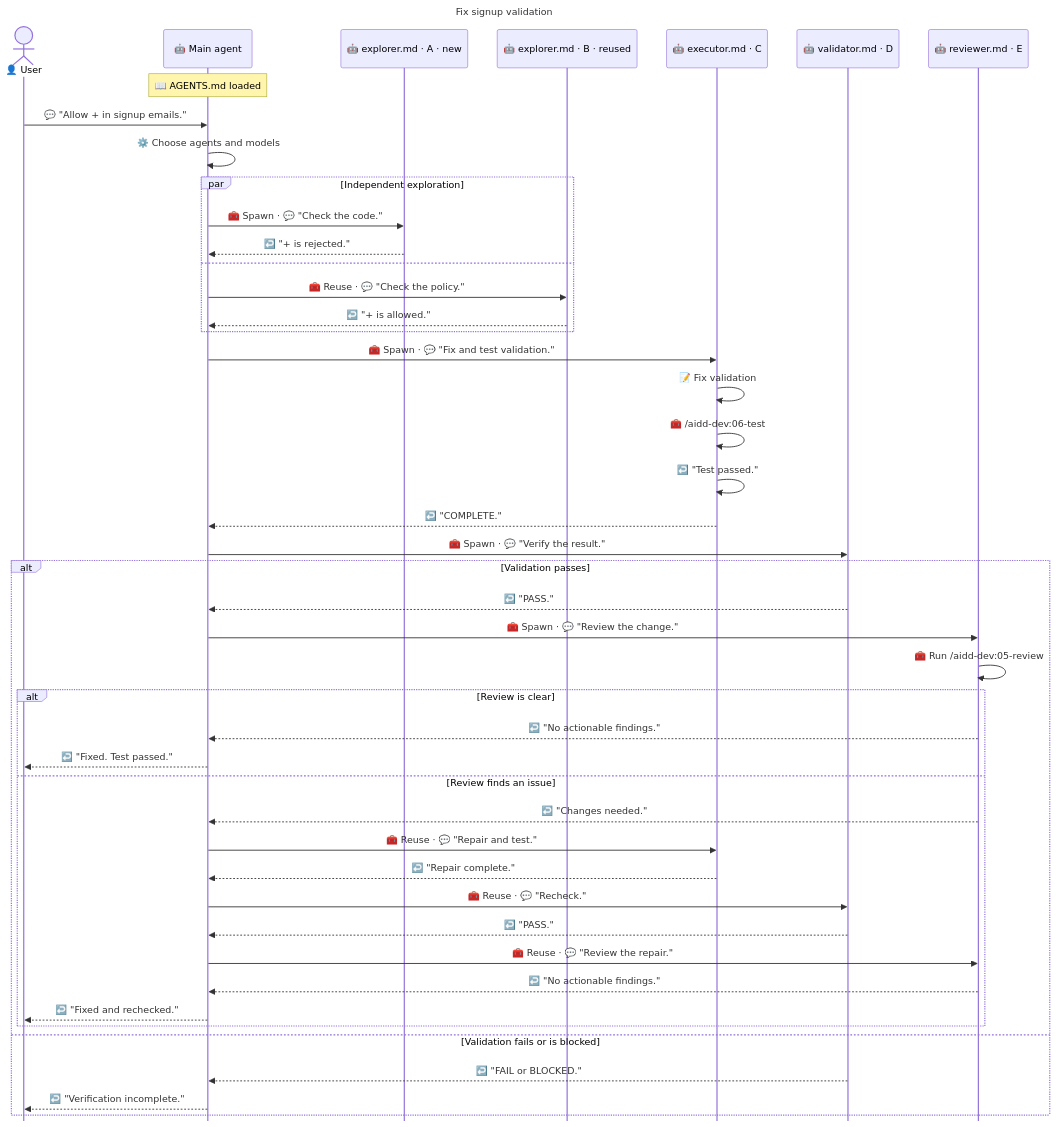
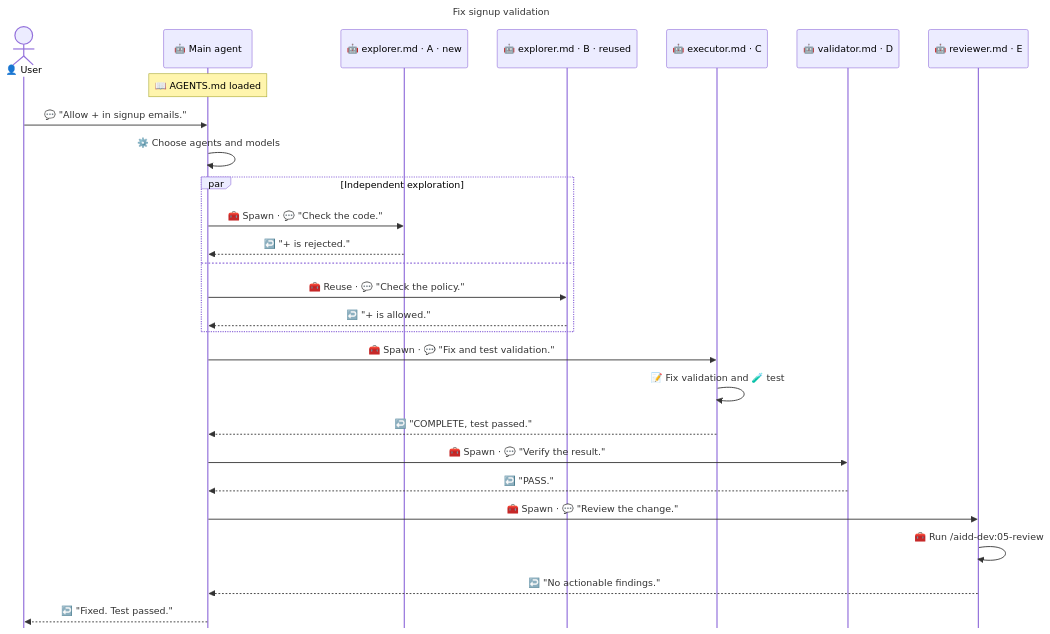
The second of 2 diagrams in docs/SUBAGENTS.md (ai-driven-dev/framework), drawn with Mermaid before and after one commit. The commit also changed other lines of this file, not shown here.

Commit message:
docs(aidd-orchestrator): simplify delegation flow

````diff
--- a/docs/SUBAGENTS.md
+++ b/docs/SUBAGENTS.md
@@ -63,54 +63,36 @@
 ```mermaid
 ---
 title: Fix signup validation
 config:
   sequence:
     mirrorActors: false
 ---
 sequenceDiagram
   actor User as 👤 User
   participant Main as 🤖 Main agent
   participant ExplorerA as 🤖 explorer.md · A · new
   participant ExplorerB as 🤖 explorer.md · B · reused
   participant Executor as 🤖 executor.md · C
   participant Validator as 🤖 validator.md · D
   participant Reviewer as 🤖 reviewer.md · E
 
   Note over Main: 📖 AGENTS.md loaded
   User->>Main: 💬 "Allow + in signup emails."
   Main->>Main: ⚙️ Choose agents and models
   par Independent exploration
     Main->>ExplorerA: 🧰 Spawn · 💬 "Check the code."
     ExplorerA-->>Main: ↩️ "+ is rejected."
   and
     Main->>ExplorerB: 🧰 Reuse · 💬 "Check the policy."
     ExplorerB-->>Main: ↩️ "+ is allowed."
   end
   Main->>Executor: 🧰 Spawn · 💬 "Fix and test validation."
-  Executor->>Executor: 📝 Fix validation
-  Executor->>Executor: 🧰 /aidd-dev:06-test
-  Executor->>Executor: ↩️ "Test passed."
-  Executor-->>Main: ↩️ "COMPLETE."
+  Executor->>Executor: 📝 Fix validation and 🧪 test
+  Executor-->>Main: ↩️ "COMPLETE, test passed."
   Main->>Validator: 🧰 Spawn · 💬 "Verify the result."
-  alt Validation passes
-    Validator-->>Main: ↩️ "PASS."
-    Main->>Reviewer: 🧰 Spawn · 💬 "Review the change."
-    Reviewer->>Reviewer: 🧰 Run /aidd-dev:05-review
-    alt Review is clear
-      Reviewer-->>Main: ↩️ "No actionable findings."
-      Main-->>User: ↩️ "Fixed. Test passed."
-    else Review finds an issue
-      Reviewer-->>Main: ↩️ "Changes needed."
-      Main->>Executor: 🧰 Reuse · 💬 "Repair and test."
-      Executor-->>Main: ↩️ "Repair complete."
-      Main->>Validator: 🧰 Reuse · 💬 "Recheck."
-      Validator-->>Main: ↩️ "PASS."
-      Main->>Reviewer: 🧰 Reuse · 💬 "Review the repair."
-      Reviewer-->>Main: ↩️ "No actionable findings."
-      Main-->>User: ↩️ "Fixed and rechecked."
-    end
-  else Validation fails or is blocked
-    Validator-->>Main: ↩️ "FAIL or BLOCKED."
-    Main-->>User: ↩️ "Verification incomplete."
-  end
+  Validator-->>Main: ↩️ "PASS."
+  Main->>Reviewer: 🧰 Spawn · 💬 "Review the change."
+  Reviewer->>Reviewer: 🧰 Run /aidd-dev:05-review
+  Reviewer-->>Main: ↩️ "No actionable findings."
+  Main-->>User: ↩️ "Fixed. Test passed."
 ```
````
